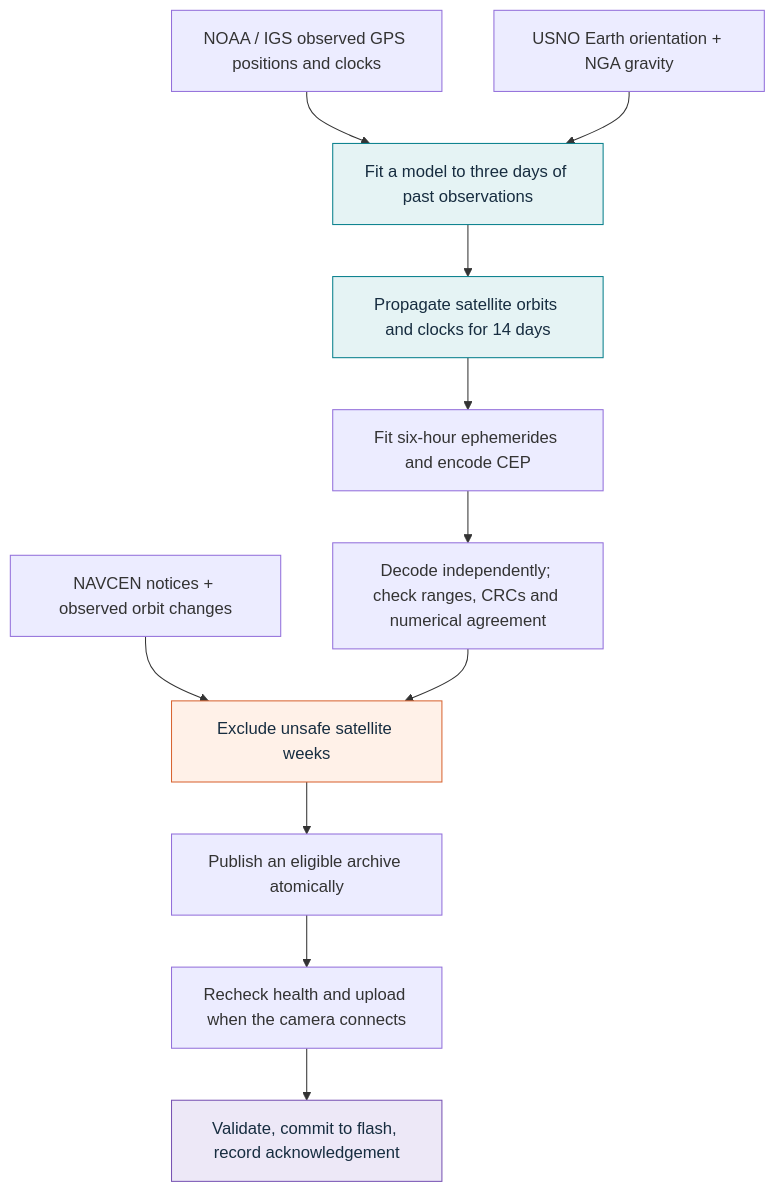
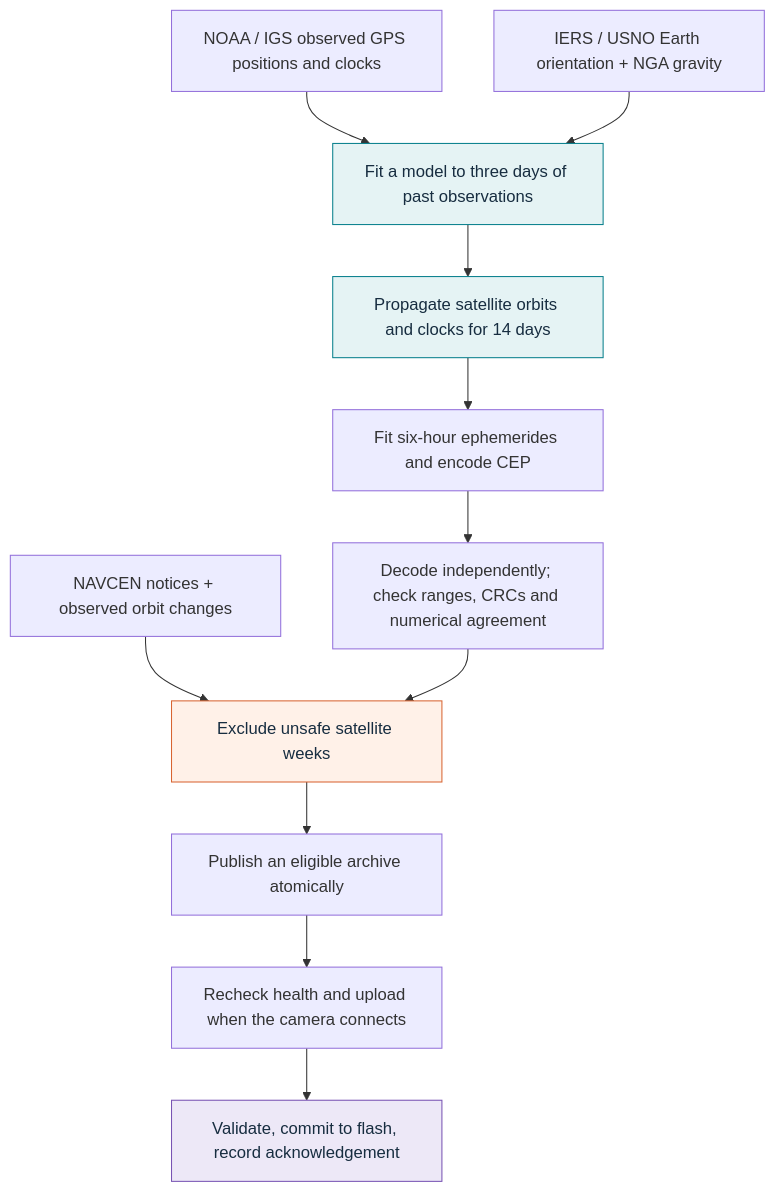
The diagram in README.md (anderson-arlen/ToughFix), drawn with Mermaid before and after one commit. The commit also changed other lines of this file and 19 other files, not shown here.

````diff
--- a/README.md
+++ b/README.md
@@ -192,17 +210,17 @@
 ```mermaid
 flowchart TD
     O["NOAA / IGS observed GPS positions and clocks"] --> F["Fit a model to three days of past observations"]
-    E["USNO Earth orientation + NGA gravity"] --> F
+    E["IERS / USNO Earth orientation + NGA gravity"] --> F
     F --> P["Propagate satellite orbits and clocks for 14 days"]
     P --> C["Fit six-hour ephemerides and encode CEP"]
     C --> V["Decode independently; check ranges, CRCs and numerical agreement"]
     N["NAVCEN notices + observed orbit changes"] --> H["Exclude unsafe satellite weeks"]
     V --> H
     H --> A["Publish an eligible archive atomically"]
     A --> U["Recheck health and upload when the camera connects"]
     U --> K["Validate, commit to flash, record acknowledgement"]
     style F fill:#e5f3f4,stroke:#087f8c,color:#172d40
     style P fill:#e5f3f4,stroke:#087f8c,color:#172d40
     style H fill:#fff1e8,stroke:#d86532,color:#172d40
     style K fill:#ede8f7,stroke:#7954b3,color:#172d40
 ```
````
